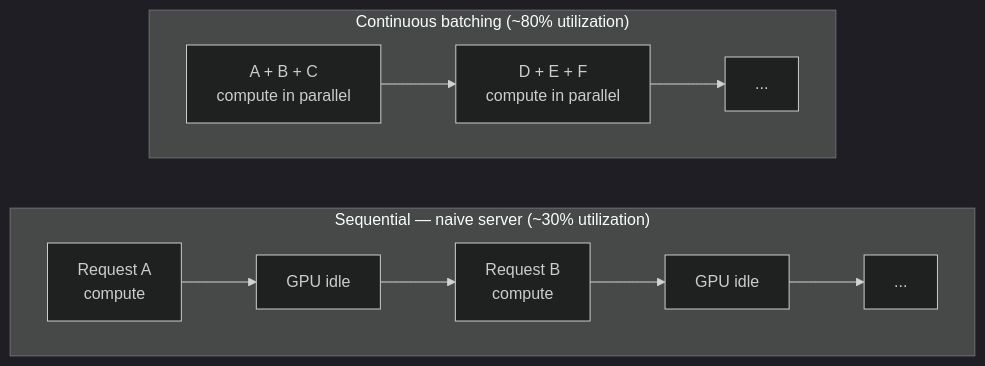
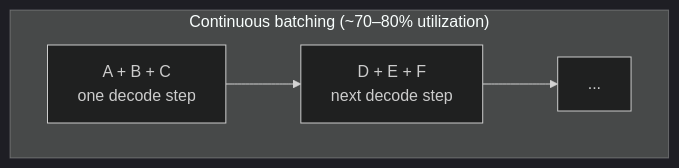
Before and after one commit to arun-gupta/the-pain-first-way: the fourth of 5 diagrams in pains/07-gpu-underutilized.md, drawn with Mermaid (dark theme). The commit also changed other lines of this file, not shown here.

First line of the commit message:
docs(pain-07): build up pattern one problem+diagram at a time

````diff
--- a/pains/07-gpu-underutilized.md
+++ b/pains/07-gpu-underutilized.md
@@ -13,11 +38,7 @@
 ```mermaid
 flowchart LR
-    subgraph seq["Sequential — naive server (~30% utilization)"]
+    subgraph bat["Continuous batching (~70–80% utilization)"]
         direction LR
-        R1[Request A<br/>compute] --> I1[GPU idle] --> R2[Request B<br/>compute] --> I2[GPU idle] --> R3[...]
-    end
-    subgraph bat["Continuous batching (~80% utilization)"]
-        direction LR
-        B1["A + B + C<br/>compute in parallel"] --> B2["D + E + F<br/>compute in parallel"] --> B3[...]
+        B1["A + B + C<br/>one decode step"] --> B2["D + E + F<br/>next decode step"] --> B3[...]
     end
 ```
````
